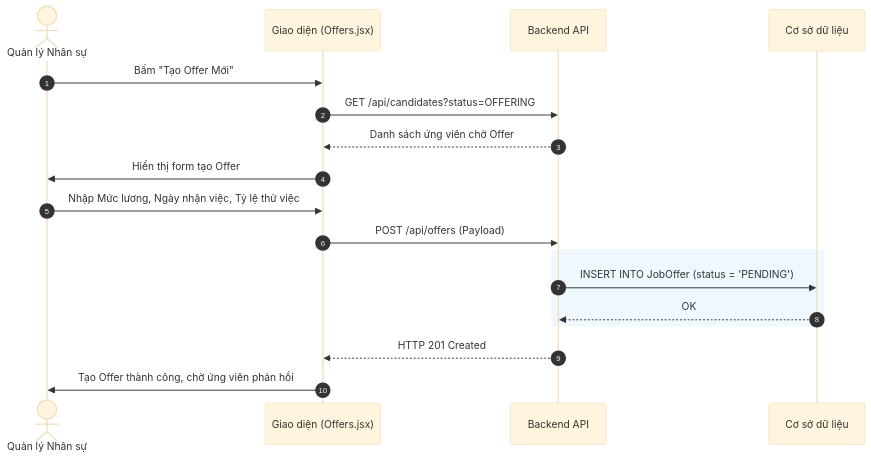
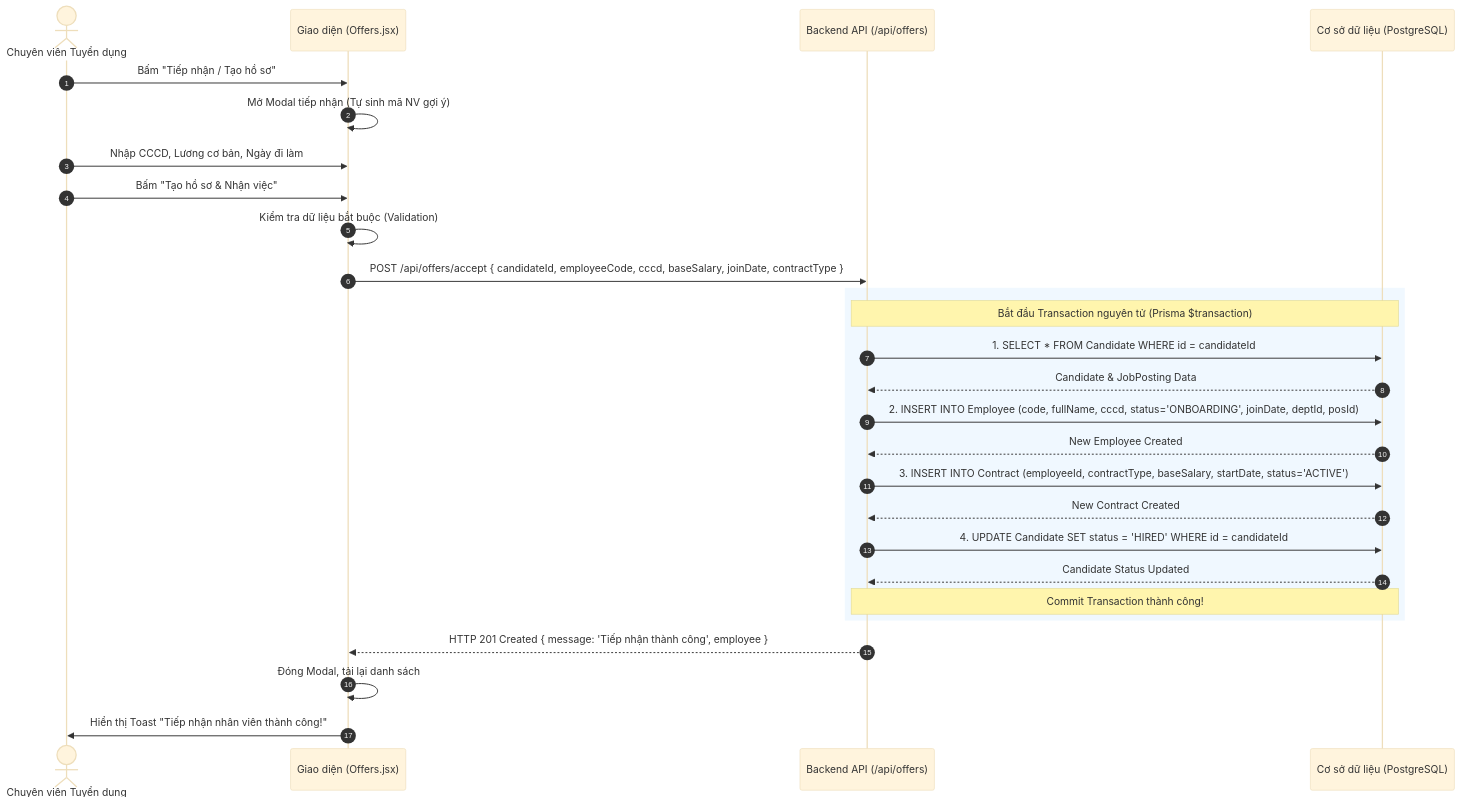
One commit to aye2710/HRM-DATN changed the sixth of 7 diagrams in docs/Tài liệu phân tích nghiệp vụ từng module/Module Tuyển dụng/Chuc-nang-Quan-ly-Offer.md. Above: the diagram before and after it, drawn with Mermaid (base theme). The commit also changed other lines of this file and 27 other files, not shown here.

````diff
--- a/docs/Tài liệu phân tích nghiệp vụ từng module/Module Tuyển dụng/Chuc-nang-Quan-ly-Offer.md
+++ b/docs/Tài liệu phân tích nghiệp vụ từng module/Module Tuyển dụng/Chuc-nang-Quan-ly-Offer.md
@@ -16,24 +228,36 @@
 ```mermaid
 sequenceDiagram
     autonumber
-    actor HR as Quản lý Nhân sự
+    actor HR as Chuyên viên Tuyển dụng
     participant FE as Giao diện (Offers.jsx)
-    participant BE as Backend API
-    participant DB as Cơ sở dữ liệu
+    participant BE as Backend API (/api/offers)
+    participant DB as Cơ sở dữ liệu (PostgreSQL)
 
-    HR->>FE: Bấm "Tạo Offer Mới"
-    FE->>BE: GET /api/candidates?status=OFFERING
-    BE-->>FE: Danh sách ứng viên chờ Offer
+    HR->>FE: Bấm "Tiếp nhận / Tạo hồ sơ"
+    FE->>FE: Mở Modal tiếp nhận (Tự sinh mã NV gợi ý)
+    HR->>FE: Nhập CCCD, Lương cơ bản, Ngày đi làm
+    HR->>FE: Bấm "Tạo hồ sơ & Nhận việc"
     
-    FE->>HR: Hiển thị form tạo Offer
-    HR->>FE: Nhập Mức lương, Ngày nhận việc, Tỷ lệ thử việc
-    FE->>BE: POST /api/offers (Payload)
+    FE->>FE: Kiểm tra dữ liệu bắt buộc (Validation)
+    FE->>BE: POST /api/offers/accept { candidateId, employeeCode, cccd, baseSalary, joinDate, contractType }
     
     rect rgb(240, 248, 255)
-        BE->>DB: INSERT INTO JobOffer (status = 'PENDING')
-        DB-->>BE: OK
+        Note over BE, DB: Bắt đầu Transaction nguyên tử (Prisma $transaction)
+        BE->>DB: 1. SELECT * FROM Candidate WHERE id = candidateId
+        DB-->>BE: Candidate & JobPosting Data
+        
+        BE->>DB: 2. INSERT INTO Employee (code, fullName, cccd, status='ONBOARDING', joinDate, deptId, posId)
+        DB-->>BE: New Employee Created
+        
+        BE->>DB: 3. INSERT INTO Contract (employeeId, contractType, baseSalary, startDate, status='ACTIVE')
+        DB-->>BE: New Contract Created
+        
+        BE->>DB: 4. UPDATE Candidate SET status = 'HIRED' WHERE id = candidateId
+        DB-->>BE: Candidate Status Updated
+        Note over BE, DB: Commit Transaction thành công!
     end
     
-    BE-->>FE: HTTP 201 Created
-    FE->>HR: Tạo Offer thành công, chờ ứng viên phản hồi
+    BE-->>FE: HTTP 201 Created { message: 'Tiếp nhận thành công', employee }
+    FE->>FE: Đóng Modal, tải lại danh sách
+    FE->>HR: Hiển thị Toast "Tiếp nhận nhân viên thành công!"
 ```
````
